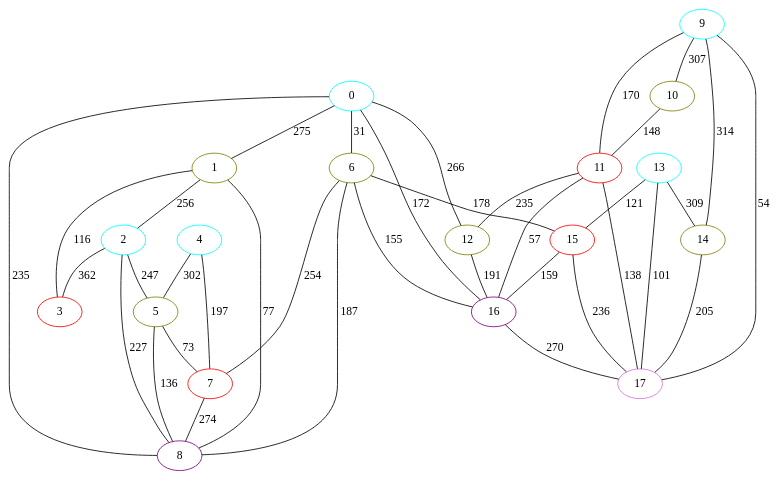
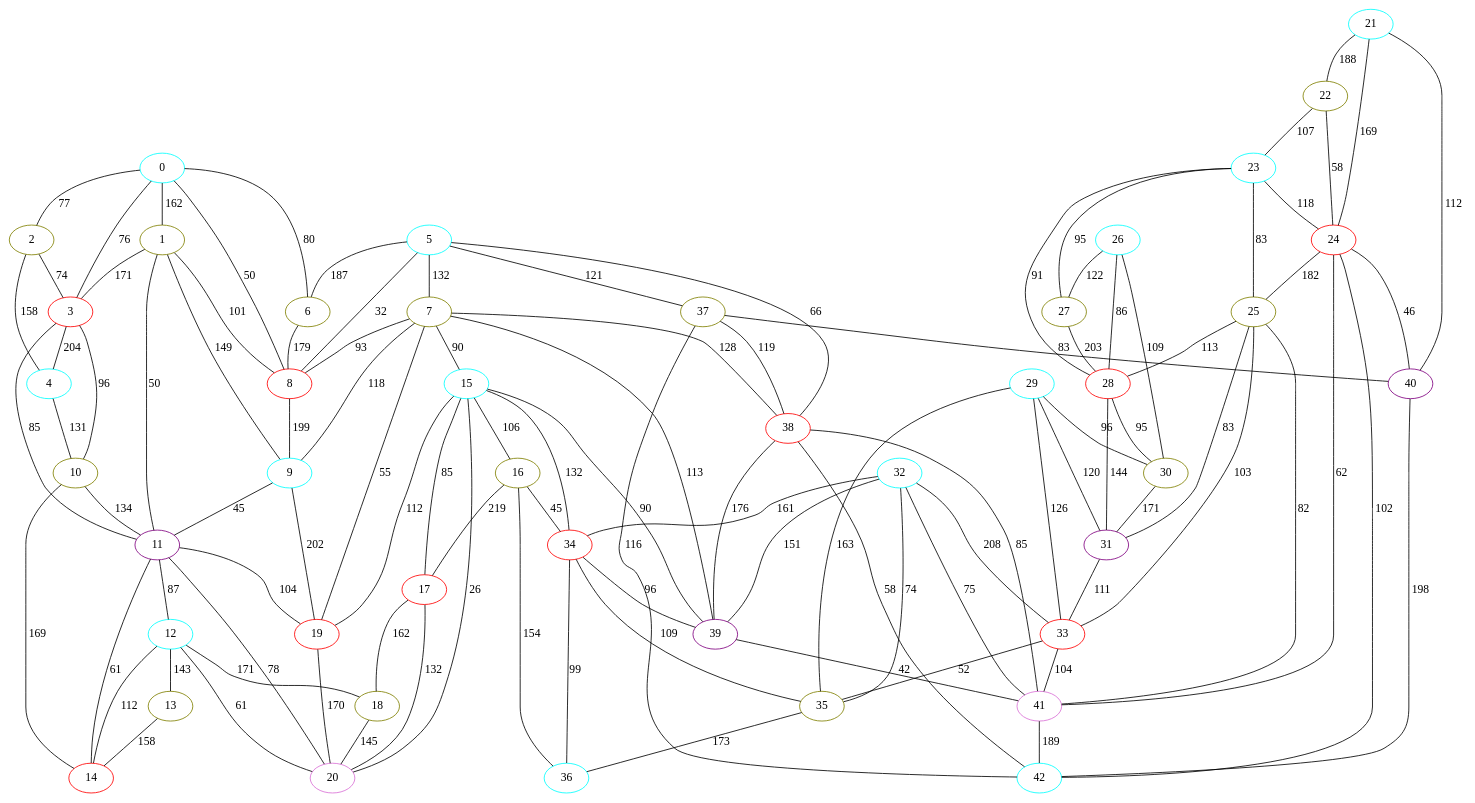
One commit to ktkachov/Airfoil-FPGA changed the diagram in graphs/meshColoured.dot. Above: the diagram before and after it, drawn with Graphviz. The commit also changed 1 other file, not shown here.

```diff
--- a/graphs/meshColoured.dot
+++ b/graphs/meshColoured.dot
@@ -1,56 +1,148 @@
 graph mesh {
 	0[color="aqua"];
 	1[color="olive"];
-	2[color="aqua"];
+	2[color="olive"];
 	3[color="red"];
 	4[color="aqua"];
-	5[color="olive"];
+	5[color="aqua"];
 	6[color="olive"];
-	7[color="red"];
-	8[color="purple"];
+	7[color="olive"];
+	8[color="red"];
 	9[color="aqua"];
 	10[color="olive"];
-	11[color="red"];
-	12[color="olive"];
-	13[color="aqua"];
-	14[color="olive"];
-	15[color="red"];
-	16[color="purple"];
-	17[color="orchid"];
-	0 -- 16 [label=172];
-	0 -- 6 [label=31];
-	0 -- 8 [label=235];
-	0 -- 1 [label=275];
-	0 -- 12 [label=266];
-	1 -- 8 [label=77];
-	1 -- 2 [label=256];
-	1 -- 3 [label=116];
-	2 -- 8 [label=227];
-	2 -- 5 [label=247];
-	2 -- 3 [label=362];
-	4 -- 7 [label=197];
-	4 -- 5 [label=302];
-	5 -- 7 [label=73];
-	5 -- 8 [label=136];
-	6 -- 15 [label=178];
-	6 -- 7 [label=254];
-	6 -- 16 [label=155];
-	6 -- 8 [label=187];
-	7 -- 8 [label=274];
-	9 -- 14 [label=314];
-	9 -- 17 [label=54];
-	9 -- 11 [label=170];
-	9 -- 10 [label=307];
-	10 -- 11 [label=148];
-	11 -- 17 [label=138];
-	11 -- 16 [label=57];
-	11 -- 12 [label=235];
-	12 -- 16 [label=191];
-	13 -- 15 [label=121];
-	13 -- 17 [label=101];
-	13 -- 14 [label=309];
-	14 -- 17 [label=205];
-	15 -- 17 [label=236];
-	15 -- 16 [label=159];
-	16 -- 17 [label=270];
+	11[color="purple"];
+	12[color="aqua"];
+	13[color="olive"];
+	14[color="red"];
+	15[color="aqua"];
+	16[color="olive"];
+	17[color="red"];
+	18[color="olive"];
+	19[color="red"];
+	20[color="orchid"];
+	21[color="aqua"];
+	22[color="olive"];
+	23[color="aqua"];
+	24[color="red"];
+	25[color="olive"];
+	26[color="aqua"];
+	27[color="olive"];
+	28[color="red"];
+	29[color="aqua"];
+	30[color="olive"];
+	31[color="purple"];
+	32[color="aqua"];
+	33[color="red"];
+	34[color="red"];
+	35[color="olive"];
+	36[color="aqua"];
+	37[color="olive"];
+	38[color="red"];
+	39[color="purple"];
+	40[color="purple"];
+	41[color="orchid"];
+	42[color="aqua"];
+	0 -- 3 [label=76];
+	0 -- 1 [label=162];
+	0 -- 8 [label=50];
+	0 -- 2 [label=77];
+	0 -- 6 [label=80];
+	1 -- 11 [label=50];
+	1 -- 9 [label=149];
+	1 -- 3 [label=171];
+	1 -- 8 [label=101];
+	2 -- 4 [label=158];
+	2 -- 3 [label=74];
+	3 -- 10 [label=96];
+	3 -- 11 [label=85];
+	3 -- 4 [label=204];
+	4 -- 10 [label=131];
+	5 -- 7 [label=132];
+	5 -- 8 [label=32];
+	5 -- 38 [label=66];
+	5 -- 6 [label=187];
+	5 -- 37 [label=121];
+	6 -- 8 [label=179];
+	7 -- 19 [label=55];
+	7 -- 15 [label=90];
+	7 -- 39 [label=113];
+	7 -- 9 [label=118];
+	7 -- 38 [label=128];
+	7 -- 8 [label=93];
+	8 -- 9 [label=199];
+	9 -- 19 [label=202];
+	9 -- 11 [label=45];
+	10 -- 14 [label=169];
+	10 -- 11 [label=134];
+	11 -- 12 [label=87];
+	11 -- 20 [label=78];
+	11 -- 14 [label=61];
+	11 -- 19 [label=104];
+	12 -- 13 [label=143];
+	12 -- 18 [label=171];
+	12 -- 14 [label=112];
+	12 -- 20 [label=61];
+	13 -- 14 [label=158];
+	15 -- 16 [label=106];
+	15 -- 34 [label=132];
+	15 -- 17 [label=85];
+	15 -- 20 [label=26];
+	15 -- 19 [label=112];
+	15 -- 39 [label=90];
+	16 -- 17 [label=219];
+	16 -- 36 [label=154];
+	16 -- 34 [label=45];
+	17 -- 18 [label=162];
+	17 -- 20 [label=132];
+	18 -- 20 [label=145];
+	19 -- 20 [label=170];
+	21 -- 24 [label=169];
+	21 -- 22 [label=188];
+	21 -- 40 [label=112];
+	22 -- 23 [label=107];
+	22 -- 24 [label=58];
+	23 -- 28 [label=91];
+	23 -- 27 [label=95];
+	23 -- 25 [label=83];
+	23 -- 24 [label=118];
+	24 -- 25 [label=182];
+	24 -- 41 [label=62];
+	24 -- 42 [label=102];
+	24 -- 40 [label=46];
+	25 -- 31 [label=83];
+	25 -- 33 [label=103];
+	25 -- 28 [label=113];
+	25 -- 41 [label=82];
+	26 -- 30 [label=109];
+	26 -- 28 [label=86];
+	26 -- 27 [label=122];
+	27 -- 28 [label=203];
+	28 -- 30 [label=95];
+	28 -- 31 [label=144];
+	29 -- 35 [label=163];
+	29 -- 30 [label=96];
+	29 -- 31 [label=120];
+	29 -- 33 [label=126];
+	30 -- 31 [label=171];
+	31 -- 33 [label=111];
+	32 -- 35 [label=74];
+	32 -- 33 [label=208];
+	32 -- 34 [label=161];
+	32 -- 39 [label=151];
+	32 -- 41 [label=75];
+	33 -- 35 [label=52];
+	33 -- 41 [label=104];
+	34 -- 36 [label=99];
+	34 -- 35 [label=109];
+	34 -- 39 [label=96];
+	35 -- 36 [label=173];
+	37 -- 38 [label=119];
+	37 -- 42 [label=116];
+	37 -- 40 [label=83];
+	38 -- 39 [label=176];
+	38 -- 41 [label=85];
+	38 -- 42 [label=58];
+	39 -- 41 [label=42];
+	40 -- 42 [label=198];
+	41 -- 42 [label=189];
 }
```
